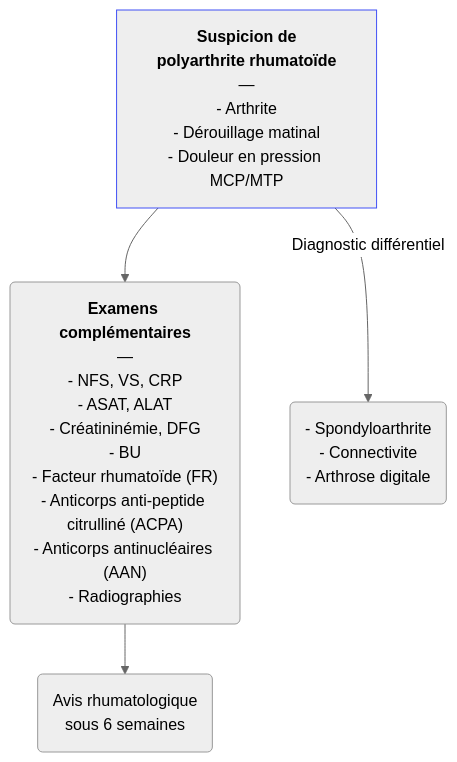
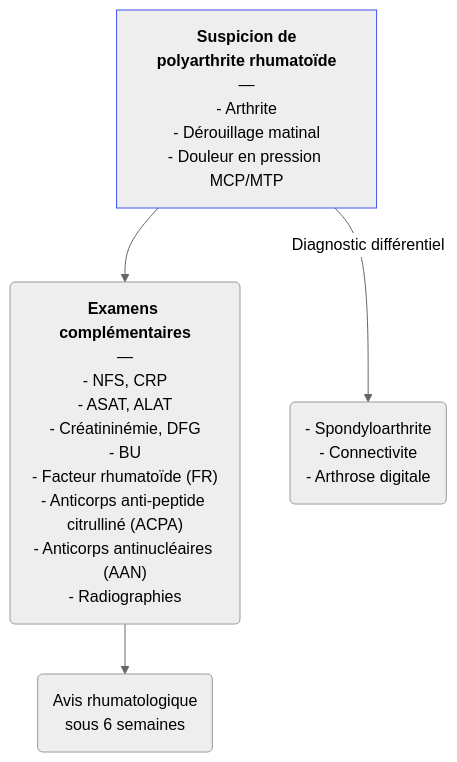
Before and after one commit to djibe/recommandations-medicales: the diagram in content/recommandations/polyarthrite-rhumatoide.md, drawn with Mermaid (neutral theme). The commit also changed other lines of this file and 13 other files, not shown here.

```diff
--- a/content/recommandations/polyarthrite-rhumatoide.md
+++ b/content/recommandations/polyarthrite-rhumatoide.md
@@ -326,8 +326,8 @@
 {{< mermaid title="Conduite à tenir devant des polyarthralgies inflammatoires. Dr JB Fron d'après SFRhumato 2024" >}}
 graph TB
   suspicion["<b>Suspicion de<br>polyarthrite rhumatoïde</b><br>—<br>- Arthrite<br>- Dérouillage matinal<br>- Douleur en pression MCP/MTP"]
   style suspicion stroke:#4150f5, stroke-width:1px
-    suspicion --> bilan("<b>Examens complémentaires</b><br>—<br>- NFS, VS, CRP<br>- ASAT, ALAT<br>- Créatininémie, DFG<br>- BU<br>- Facteur rhumatoïde (FR)<br>- Anticorps anti-peptide citrulliné (ACPA)<br>- Anticorps antinucléaires (AAN)<br>- Radiographies")
+    suspicion --> bilan("<b>Examens complémentaires</b><br>—<br>- NFS, CRP<br>- ASAT, ALAT<br>- Créatininémie, DFG<br>- BU<br>- Facteur rhumatoïde (FR)<br>- Anticorps anti-peptide citrulliné (ACPA)<br>- Anticorps antinucléaires (AAN)<br>- Radiographies")
       bilan --> rhumato("Avis rhumatologique<br>sous 6 semaines")
     suspicion -- Diagnostic différentiel --> differentiel("- Spondyloarthrite<br>- Connectivite<br>- Arthrose digitale")
 {{< /mermaid >}}
```
